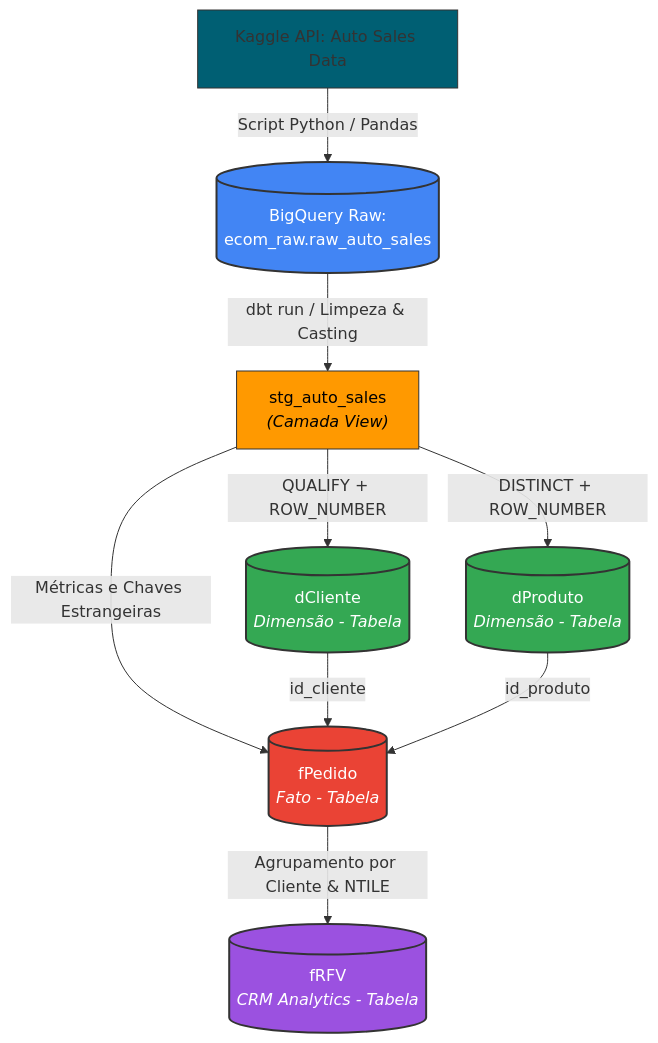
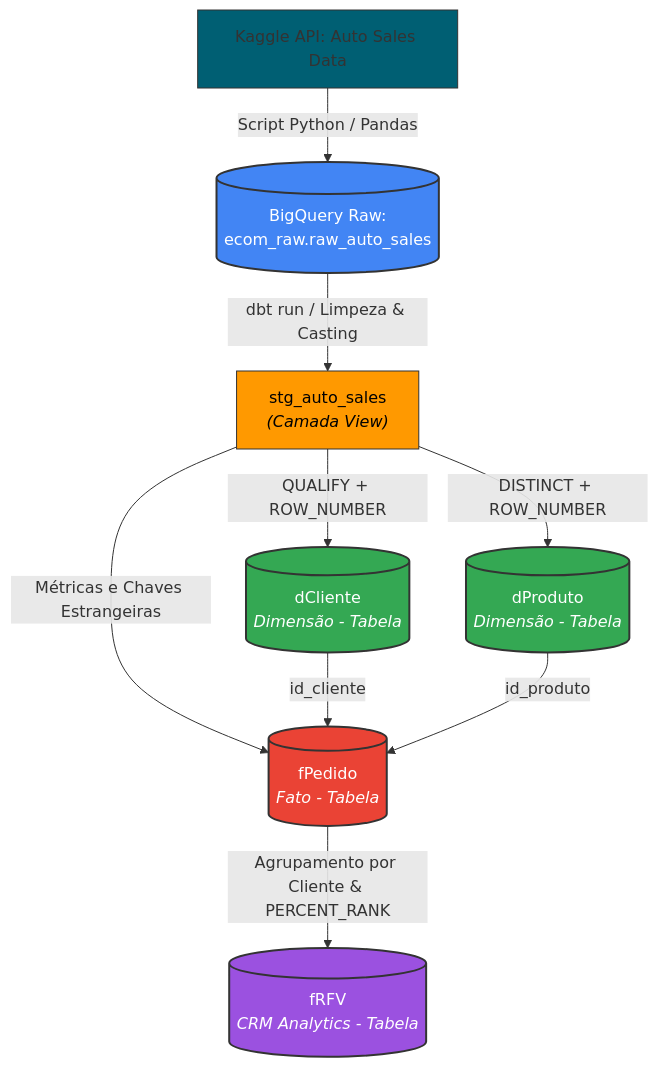
Before and after one commit to HeitorBackes/CRM-Analytics-RFV-Analysis: the diagram in README.md, drawn with Mermaid. The commit also changed other lines of this file and 2 other files, not shown here.

Commit message:
refactor: atualiza lógica da distribuição dos segmentos no modelo fRFV e recalcula métricas no README

````diff
--- a/README.md
+++ b/README.md
@@ -143,30 +143,30 @@
 ```mermaid
 graph TD
     %% Fontes e Ingestão
     A["Kaggle API: Auto Sales Data"] -->|"Script Python / Pandas"| B[("BigQuery Raw:<br>ecom_raw.raw_auto_sales")]
 
     %% Camada Staging
     B -->|"dbt run / Limpeza & Casting"| C["stg_auto_sales <br><i>(Camada View)</i>"]
 
     %% Camada Dimensional
     C -->|"QUALIFY + ROW_NUMBER"| D[("dCliente <br><i>Dimensão - Tabela</i>")]
     C -->|"DISTINCT + ROW_NUMBER"| E[("dProduto <br><i>Dimensão - Tabela</i>")]  
     C -->|"Métricas e Chaves Estrangeiras"| F[("fPedido <br><i>Fato - Tabela</i>")]  
       
     %% Relacionamentos Star Schema  
     D -->|id_cliente| F  
     E -->|id_produto| F  
       
     %% Camada Analytics / CRM  
-    F -->|Agrupamento por Cliente & NTILE | G[(fRFV <br><i>CRM Analytics - Tabela</i>)]  
+    F -->|Agrupamento por Cliente & PERCENT_RANK | G[(fRFV <br><i>CRM Analytics - Tabela</i>)]  
       
     %% Estilos Visuais  
     style A fill:#005f73,stroke:#333,stroke-width:1px  
     style B fill:#4285F4,stroke:#333,stroke-width:2px,color:#fff  
     style C fill:#FF9900,stroke:#333,stroke-width:1px,color:#000  
     style D fill:#34A853,stroke:#333,stroke-width:2px,color:#fff  
     style E fill:#34A853,stroke:#333,stroke-width:2px,color:#fff  
     style F fill:#EA4335,stroke:#333,stroke-width:2px,color:#fff  
     style G fill:#9B51E0,stroke:#333,stroke-width:2px,color:#fff
 
   ```
````
